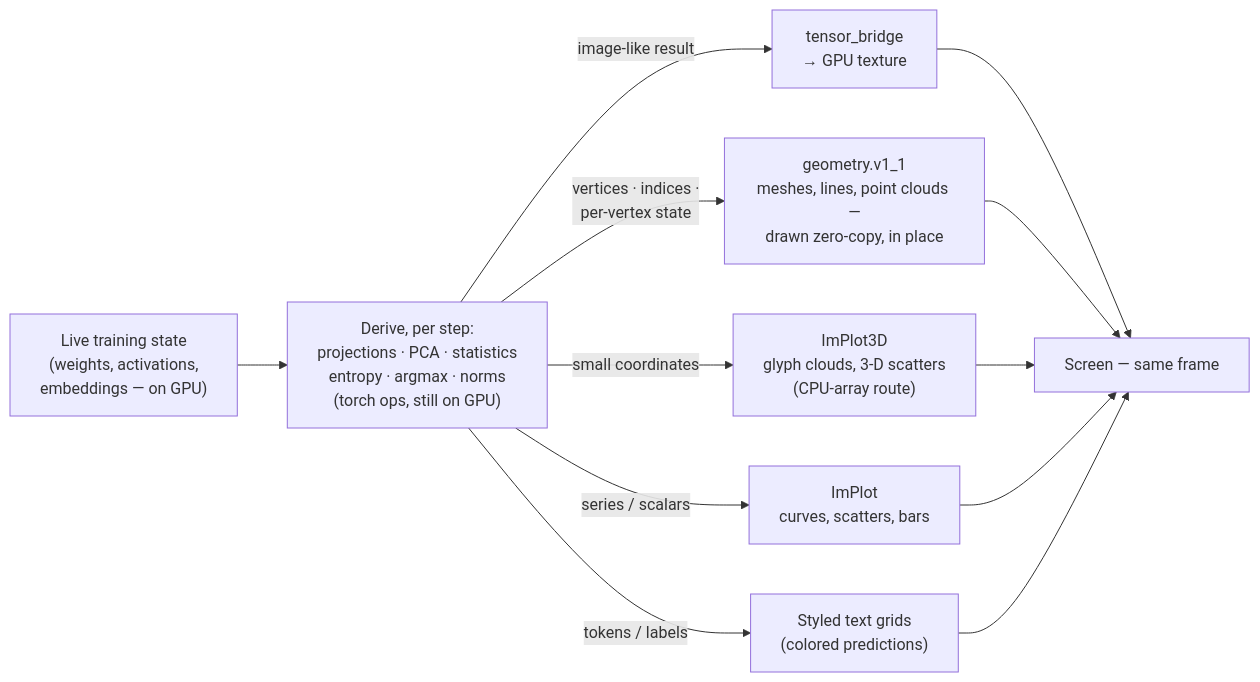
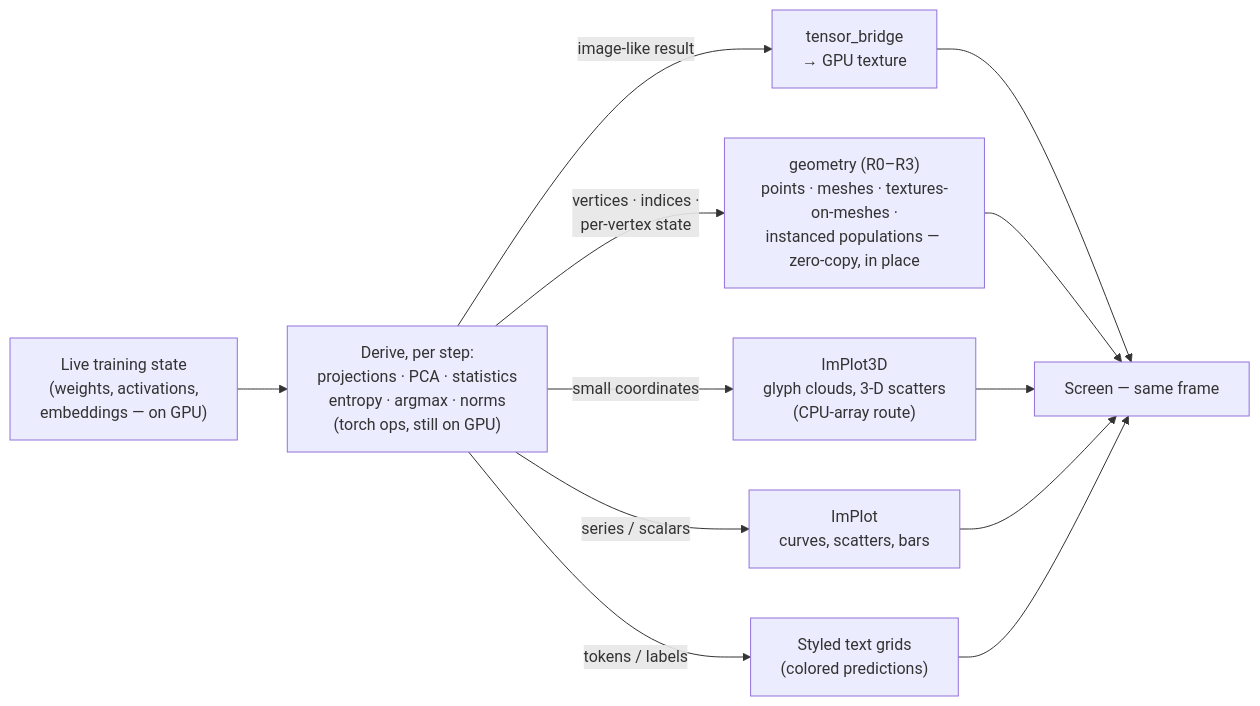
Before and after one commit to AhmedKhan-GH/caliper: the second of 5 diagrams in WHITEPAPER.md, drawn with Mermaid. The commit also changed other lines of this file and 2 other files, not shown here.

First line of the commit message:
docs(whitepaper): v0.3 — the completed geometry ladder + embedding

````diff
--- a/WHITEPAPER.md
+++ b/WHITEPAPER.md
@@ -168,16 +170,16 @@
 ```mermaid
 flowchart LR
     T["Live training state<br/>(weights, activations,<br/>embeddings — on GPU)"] --> D["Derive, per step:<br/>projections · PCA · statistics<br/>entropy · argmax · norms<br/>(torch ops, still on GPU)"]
 
     D -->|"image-like result"| TEX["tensor_bridge<br/>→ GPU texture"]
-    D -->|"vertices · indices ·<br/>per-vertex state"| GEO["geometry.v1_1<br/>meshes, lines, point clouds —<br/>drawn zero-copy, in place"]
+    D -->|"vertices · indices ·<br/>per-vertex state"| GEO["geometry (R0–R3)<br/>points · meshes · textures-on-meshes ·<br/>instanced populations — zero-copy, in place"]
     D -->|"small coordinates"| P3["ImPlot3D<br/>glyph clouds, 3-D scatters<br/>(CPU-array route)"]
     D -->|"series / scalars"| P2["ImPlot<br/>curves, scatters, bars"]
     D -->|"tokens / labels"| TXT["Styled text grids<br/>(colored predictions)"]
 
     TEX --> S["Screen — same frame"]
     GEO --> S
     P3 --> S
     P2 --> S
     TXT --> S
 ```
````
